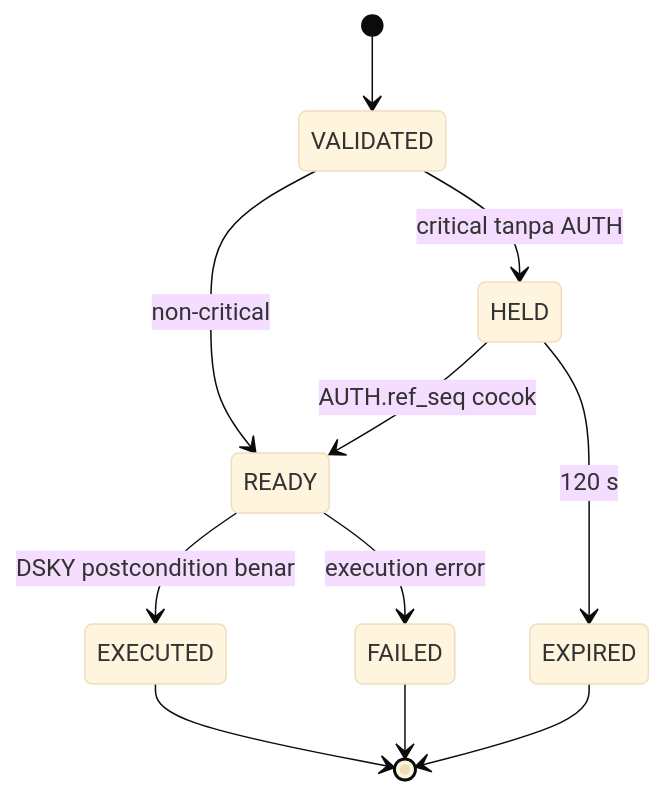
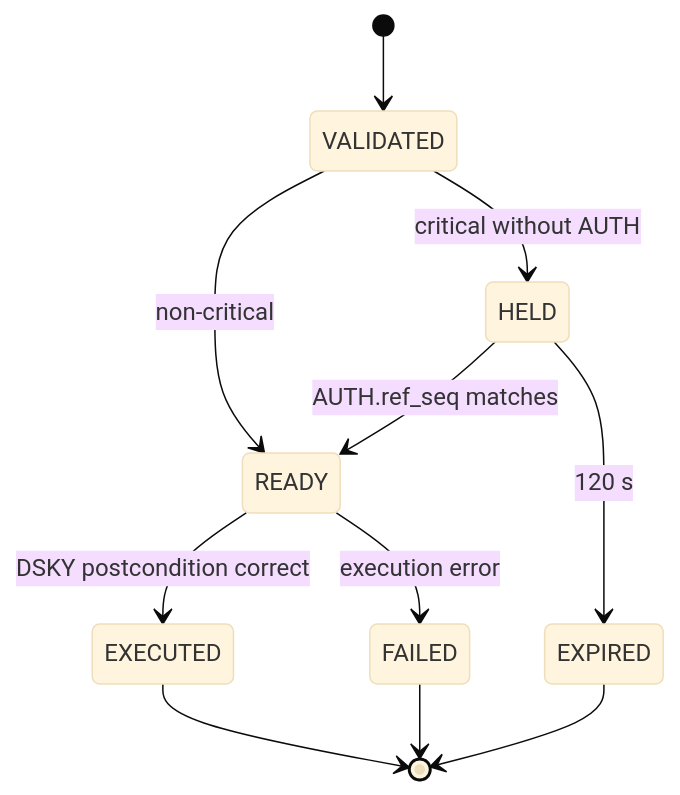
One commit to 0xshalah/apollo-26 changed the fourth of 4 diagrams in docs/state-machines.md. Above: the diagram before and after it, drawn with Mermaid (base theme). The commit also changed other lines of this file and 146 other files, not shown here.

````diff
--- a/docs/state-machines.md
+++ b/docs/state-machines.md
@@ -90,13 +92,13 @@
 ```mermaid
 stateDiagram-v2
   [*] --> VALIDATED
   VALIDATED --> READY: non-critical
-  VALIDATED --> HELD: critical tanpa AUTH
-  HELD --> READY: AUTH.ref_seq cocok
+  VALIDATED --> HELD: critical without AUTH
+  HELD --> READY: AUTH.ref_seq matches
   HELD --> EXPIRED: 120 s
-  READY --> EXECUTED: DSKY postcondition benar
+  READY --> EXECUTED: DSKY postcondition correct
   READY --> FAILED: execution error
   EXECUTED --> [*]
   EXPIRED --> [*]
   FAILED --> [*]
 ```
````
